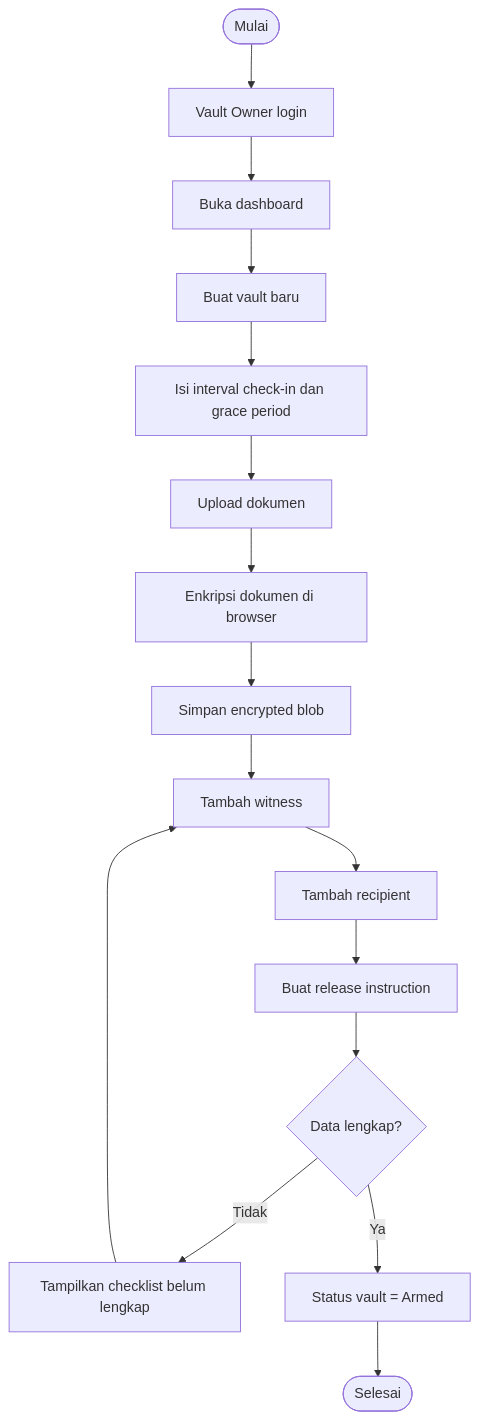
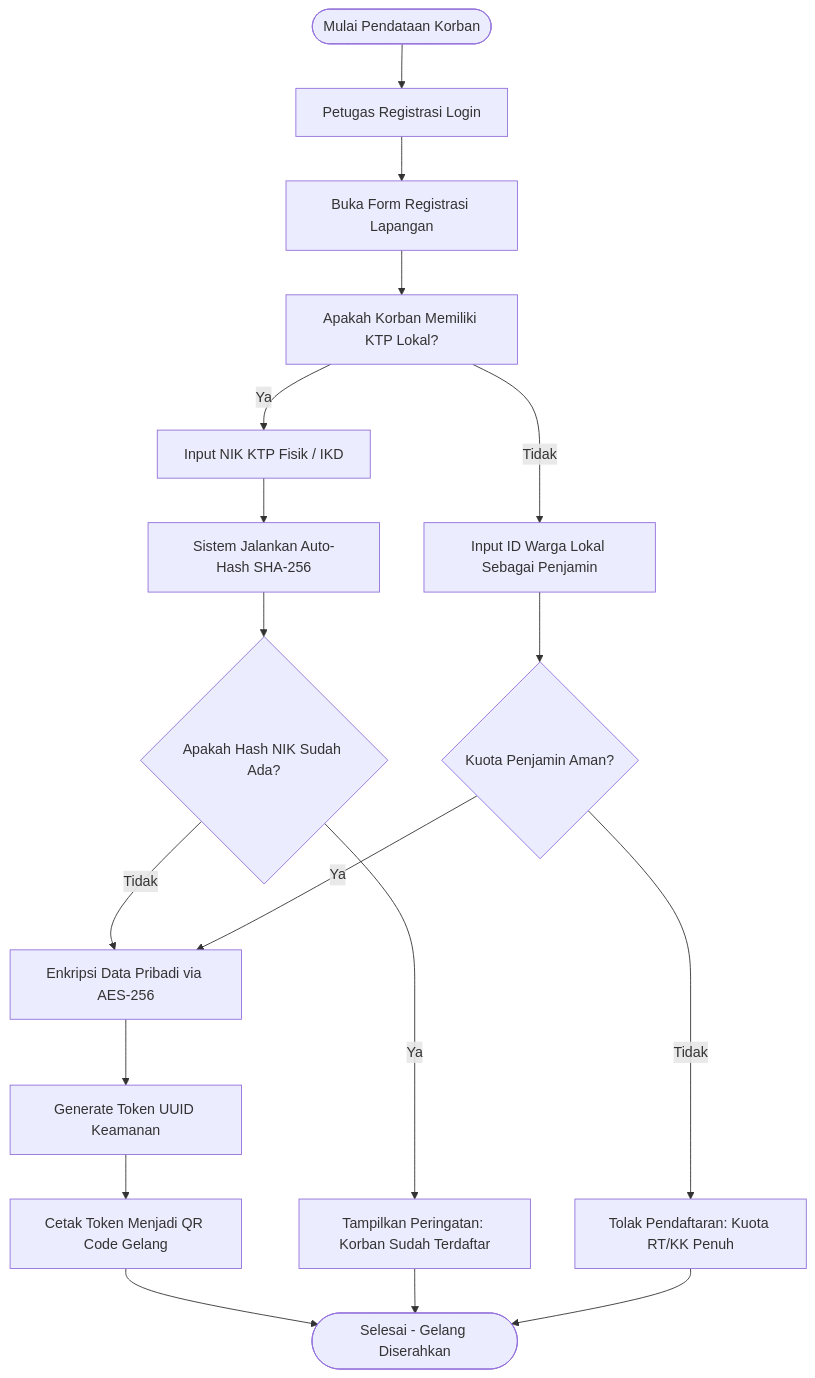
The second of 7 diagrams in README.md (Mubax5/FITComp), drawn with Mermaid before and after one commit. The commit also changed other lines of this file, not shown here.

````diff
--- a/README.md
+++ b/README.md
@@ -809,18 +317,24 @@
 ```mermaid
 flowchart TD
-    A([Mulai]) --> B[Vault Owner login]
-    B --> C[Buka dashboard]
-    C --> D[Buat vault baru]
-    D --> E[Isi interval check-in dan grace period]
-    E --> F[Upload dokumen]
-    F --> G[Enkripsi dokumen di browser]
-    G --> H[Simpan encrypted blob]
-    H --> I[Tambah witness]
-    I --> J[Tambah recipient]
-    J --> K[Buat release instruction]
-    K --> L{Data lengkap?}
-    L -- Tidak --> M[Tampilkan checklist belum lengkap]
-    M --> I
-    L -- Ya --> N[Status vault = Armed]
-    N --> O([Selesai])
+    Start([Mulai Pendataan Korban]) --> Login[Petugas Registrasi Login]
+    Login --> OpenForm[Buka Form Registrasi Lapangan]
+    OpenForm --> CheckDom[Apakah Korban Memiliki KTP Lokal?]
+    
+    CheckDom -- Ya --> InputNIK[Input NIK KTP Fisik / IKD]
+    InputNIK --> HashProcess[Sistem Jalankan Auto-Hash SHA-256]
+    HashProcess --> CheckDup{Apakah Hash NIK Sudah Ada?}
+    CheckDup -- Ya --> RejectForm[Tampilkan Peringatan: Korban Sudah Terdaftar]
+    CheckDup -- Tidak --> EncryptData[Enkripsi Data Pribadi via AES-256]
+    
+    CheckDom -- Tidak --> InputVouch[Input ID Warga Lokal Sebagai Penjamin]
+    InputVouch --> CheckQuota{Kuota Penjamin Aman?}
+    CheckQuota -- Tidak --> RejectVouch[Tolak Pendaftaran: Kuota RT/KK Penuh]
+    CheckQuota -- Ya --> EncryptData
+    
+    EncryptData --> GenUUID[Generate Token UUID Keamanan]
+    GenUUID --> PrintQR[Cetak Token Menjadi QR Code Gelang]
+    PrintQR --> End([Selesai - Gelang Diserahkan])
+    RejectForm --> End
+    RejectVouch --> End
+
 ```
````
